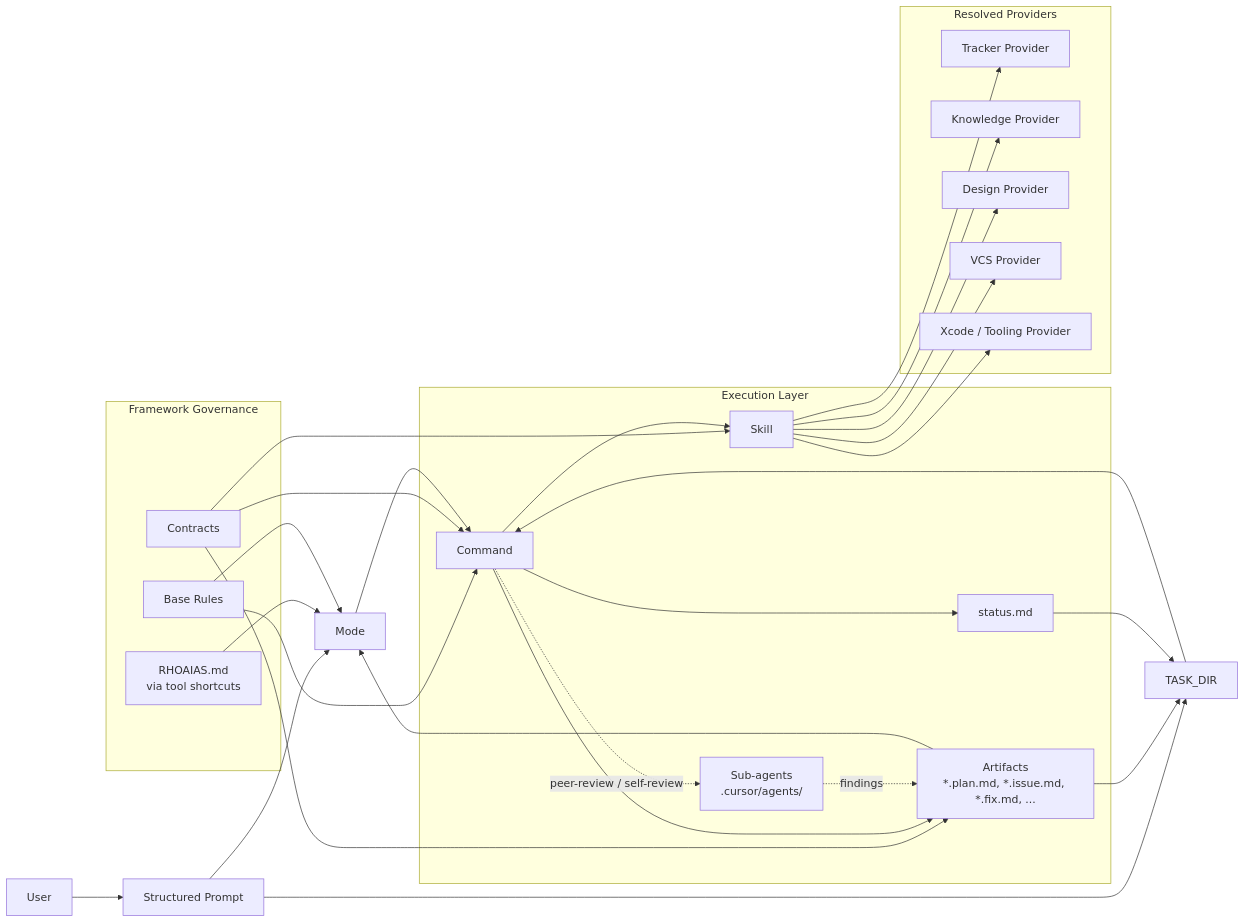
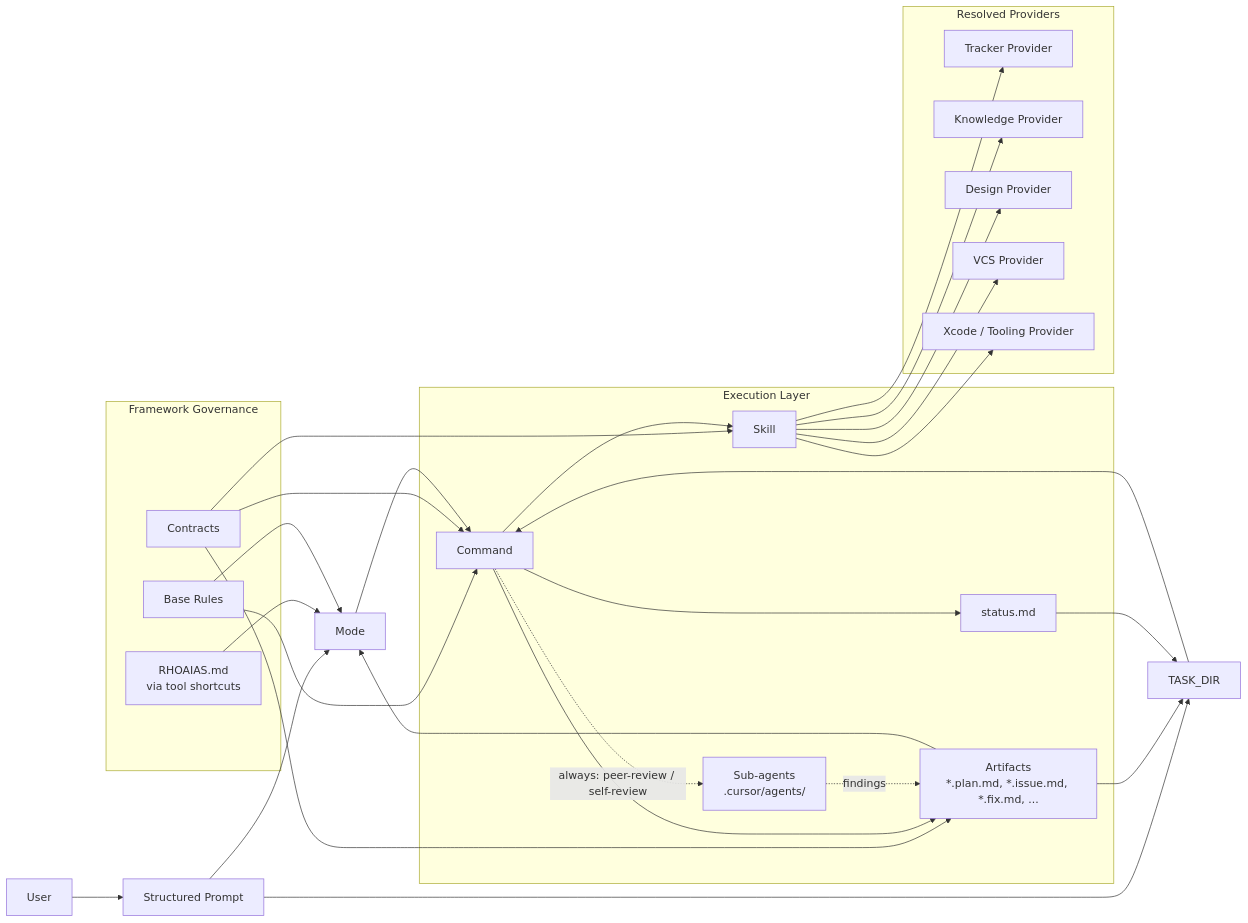
The first of 4 diagrams in docs/ARCHITECTURE.md (reeceGuerra/aias), drawn with Mermaid before and after one commit. The commit also changed other lines of this file and 7 other files, not shown here.

First line of the commit message:
[AI DOCS]: unconditional sub-agent dispatch for peer-review / self-review

````diff
--- a/docs/ARCHITECTURE.md
+++ b/docs/ARCHITECTURE.md
@@ -166,53 +166,53 @@
 ```mermaid
 flowchart LR
     U[User] --> SP[Structured Prompt]
     SP --> Mode[Mode]
     SP --> TaskDir[TASK_DIR]
 
     subgraph Governance["Framework Governance"]
         Context[RHOAIAS.md<br/>via tool shortcuts]
         Rules[Base Rules]
         Contracts[Contracts]
     end
 
     subgraph Execution["Execution Layer"]
         Command[Command]
         Skill[Skill]
         SubAgents["Sub-agents<br/>.cursor/agents/"]
         Status[status.md]
         Artifacts[Artifacts<br/>*.plan.md, *.issue.md, *.fix.md, ...]
     end
 
     subgraph Providers["Resolved Providers"]
         Tracker[Tracker Provider]
         Knowledge[Knowledge Provider]
         Design[Design Provider]
         VCS[VCS Provider]
         Xcode[Xcode / Tooling Provider]
     end
 
     Context --> Mode
     Rules --> Mode
     Rules --> Command
     Contracts --> Command
     Contracts --> Skill
     Contracts --> Artifacts
 
     Mode --> Command
     TaskDir --> Command
     Command --> Skill
     Command --> Artifacts
     Command --> Status
-    Command -.->|"peer-review / self-review"| SubAgents
+    Command -.->|"always: peer-review / self-review"| SubAgents
     SubAgents -.->|"findings"| Artifacts
 
     Skill --> Tracker
     Skill --> Knowledge
     Skill --> Design
     Skill --> VCS
     Skill --> Xcode
 
     Artifacts --> TaskDir
     Status --> TaskDir
     Artifacts --> Mode
 ```
````
